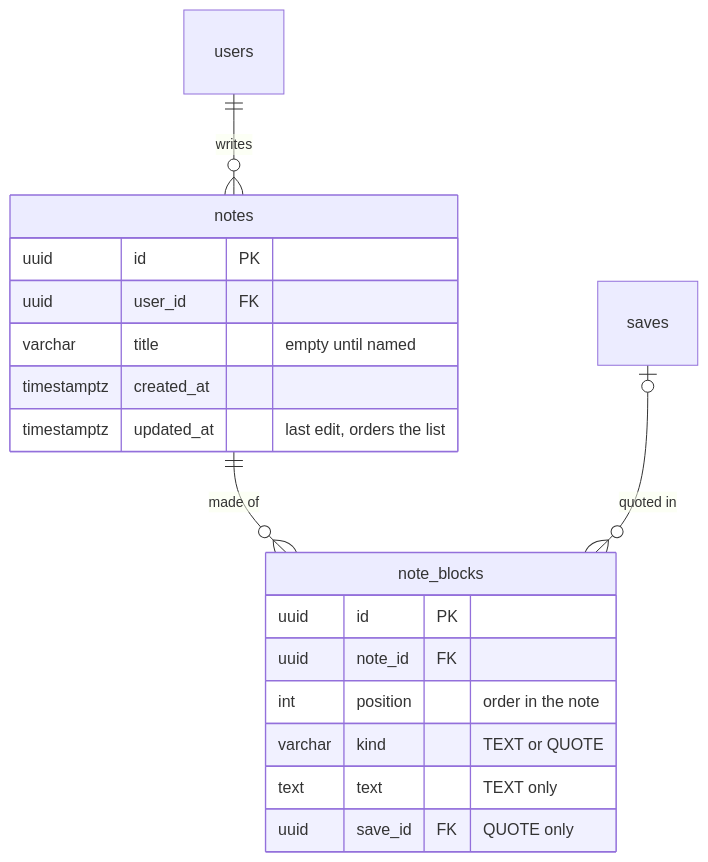
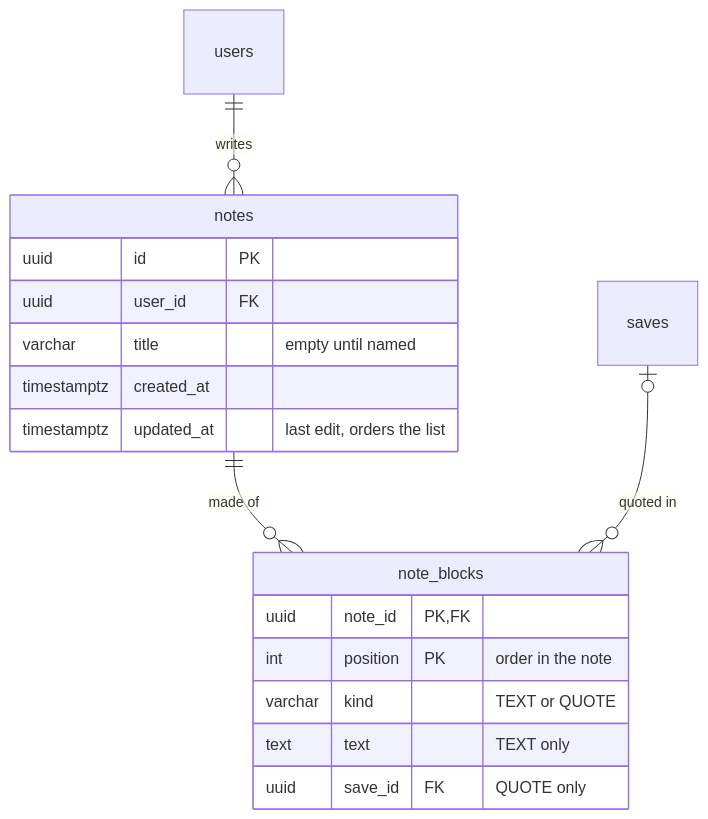
One commit to salimsalimzade/ari-api changed the sixth of 8 diagrams in docs/database.md. Above: the diagram before and after it, drawn with Mermaid. The commit also changed other lines of this file and 115 other files, not shown here.

````diff
--- a/docs/database.md
+++ b/docs/database.md
@@ -249,21 +250,20 @@
 ```mermaid
 erDiagram
   users ||--o{ notes : writes
   notes ||--o{ note_blocks : "made of"
   saves |o--o{ note_blocks : "quoted in"
   notes {
     uuid id PK
     uuid user_id FK
     varchar title "empty until named"
     timestamptz created_at
     timestamptz updated_at "last edit, orders the list"
   }
   note_blocks {
-    uuid id PK
-    uuid note_id FK
-    int position "order in the note"
+    uuid note_id PK, FK
+    int position PK "order in the note"
     varchar kind "TEXT or QUOTE"
     text text "TEXT only"
     uuid save_id FK "QUOTE only"
   }
 ```
````
